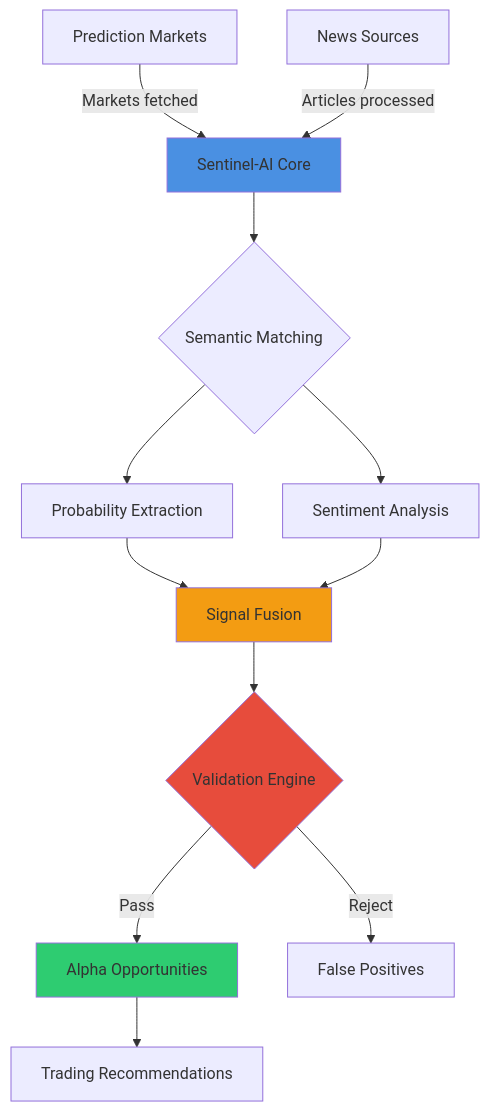
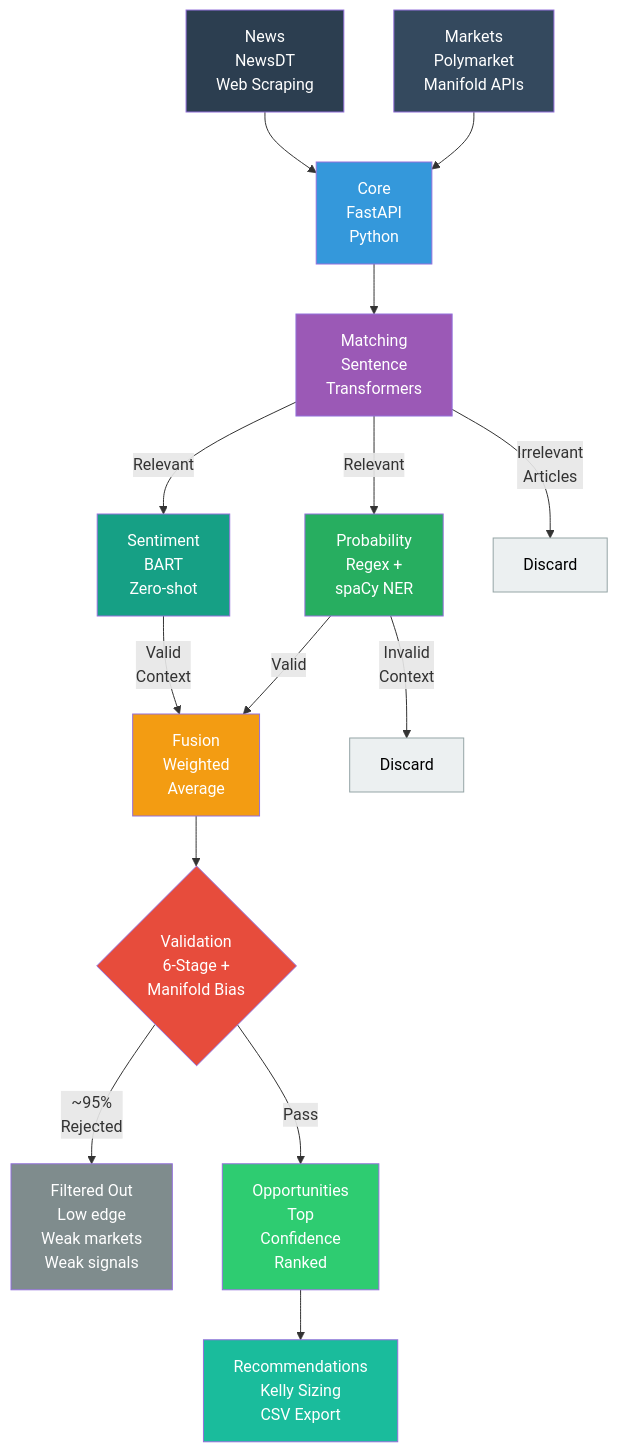
Before and after one commit to ssahoo11742/SentinelAI: the diagram in README.md, drawn with Mermaid.

Commit message:
Update system architecture diagram in README

````diff
--- a/README.md
+++ b/README.md
@@ -51,19 +51,36 @@
 ```mermaid
-flowchart TB
-    A[Prediction Markets] -->|Markets fetched| B[Sentinel-AI Core]
-    C[News Sources] -->|Articles processed| B
-    B --> D{Semantic Matching}
-    D --> E[Probability Extraction]
-    D --> F[Sentiment Analysis]
-    E --> G[Signal Fusion]
-    F --> G
-    G --> H{Validation Engine}
-    H -->|Pass| I[Alpha Opportunities]
-    H -->|Reject| J[False Positives]
-    I --> K[Trading Recommendations]
+graph TD
+    A[News<br/>NewsDT<br/>Web Scraping] --> B[Core<br/>FastAPI<br/>Python]
+    C[Markets<br/>Polymarket<br/>Manifold APIs] --> B
     
-    style B fill:#4a90e2
-    style G fill:#f39c12
-    style H fill:#e74c3c
-    style I fill:#2ecc71
+    B --> D[Matching<br/>Sentence<br/>Transformers]
+    
+    D -->|Relevant| E[Sentiment<br/>BART<br/>Zero-shot]
+    D -->|Relevant| F[Probability<br/>Regex +<br/>spaCy NER]
+    D -->|Irrelevant<br/>Articles| G[ Discard ]
+    
+    E -->|Valid<br/>Context| H[Fusion<br/>Weighted<br/>Average]
+    F -->|Invalid<br/>Context| I[ Discard ]
+    F -->|Valid| H
+    
+    H --> J{Validation<br/>6-Stage +<br/>Manifold Bias}
+    
+    J -->|~95%<br/>Rejected| K[Filtered Out<br/>Low edge<br/>Weak markets<br/>Weak signals]
+    J -->|Pass| L[Opportunities<br/>Top<br/>Confidence<br/>Ranked]
+    
+    L --> M[Recommendations<br/>Kelly Sizing<br/>CSV Export]
+    
+    style A fill:#2c3e50,color:#fff
+    style C fill:#34495e,color:#fff
+    style B fill:#3498db,color:#fff
+    style D fill:#9b59b6,color:#fff
+    style E fill:#16a085,color:#fff
+    style F fill:#27ae60,color:#fff
+    style G fill:#ecf0f1,stroke:#95a5a6,color:#000
+    style I fill:#ecf0f1,stroke:#95a5a6, color:#000
+    style H fill:#f39c12,color:#fff
+    style J fill:#e74c3c,color:#fff
+    style K fill:#7f8c8d,color:#fff
+    style L fill:#2ecc71,color:#fff
+    style M fill:#1abc9c,color:#fff
 ```
````
